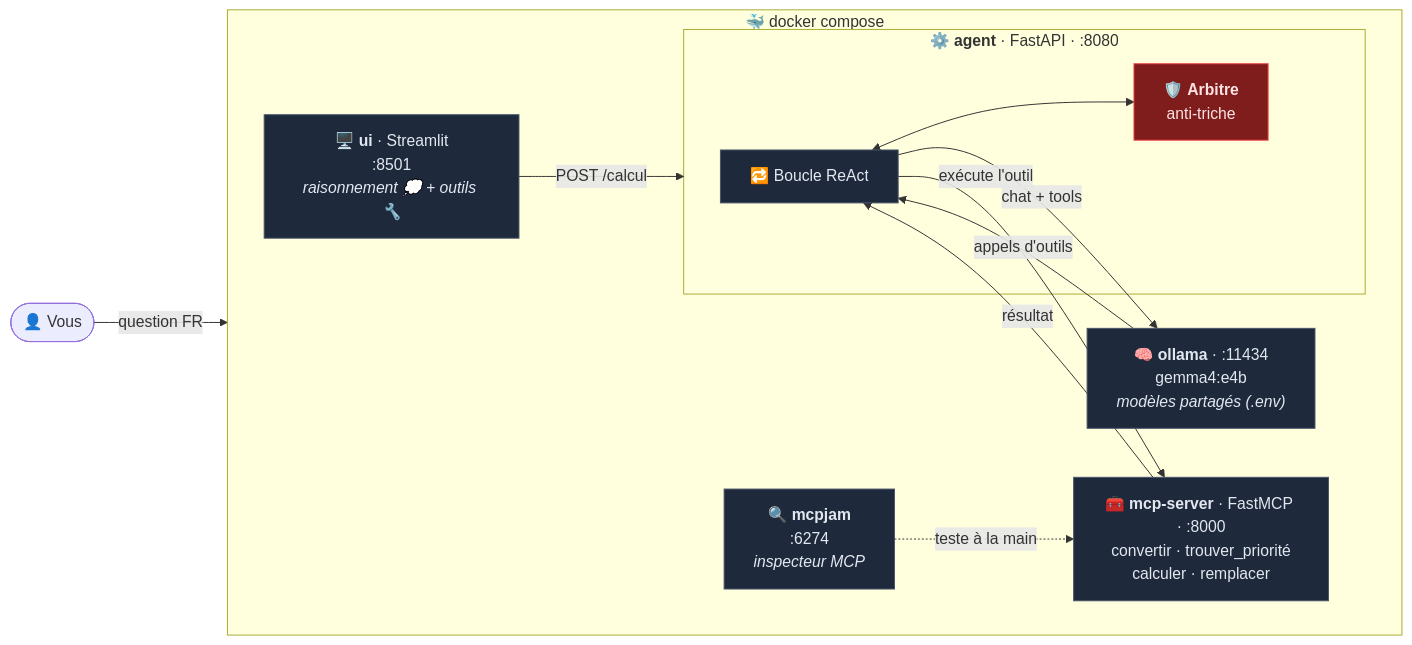
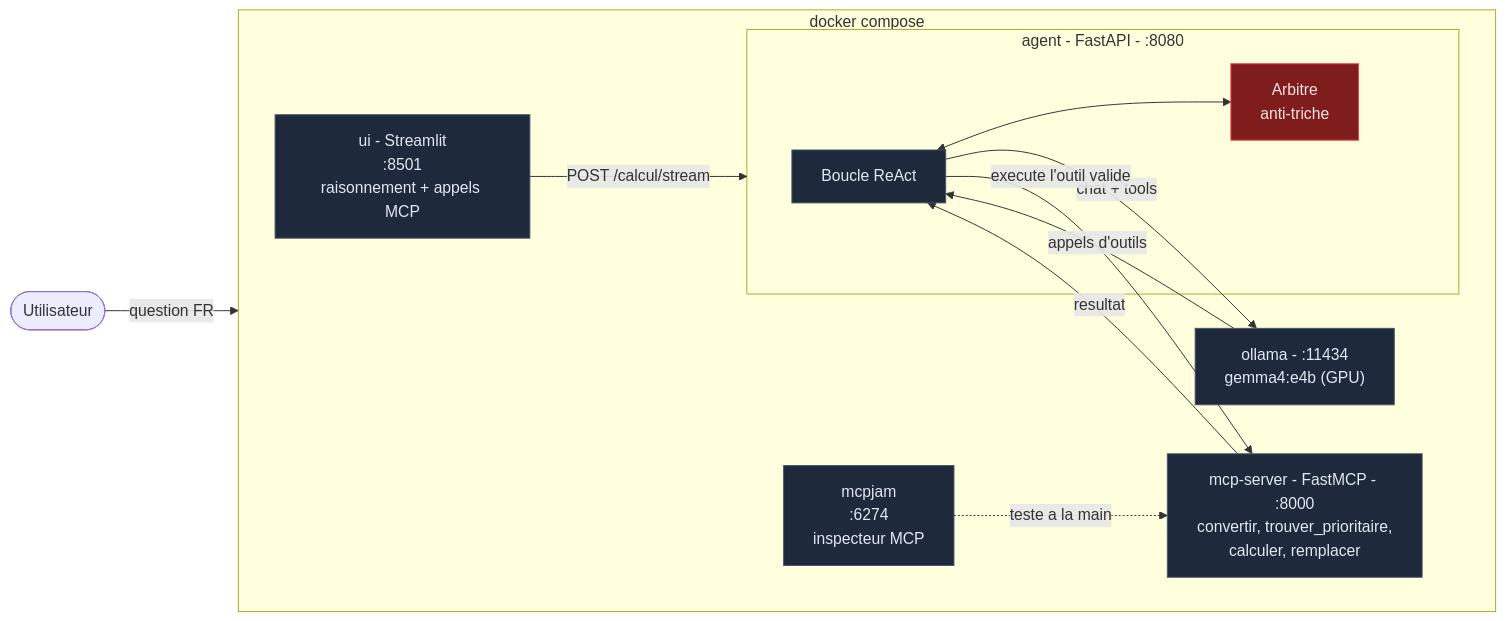
The first of 2 diagrams in README.md (floSa/MCP_maison), drawn with Mermaid before and after one commit. The commit also changed other lines of this file and 10 other files, not shown here.

First line of the commit message:
feat: streaming SSE + UI chat, GPU Ollama, docs tutoriel, sans emojis

````diff
--- a/README.md
+++ b/README.md
@@ -11,32 +20,32 @@
 ```mermaid
 flowchart LR
-    user(["👤 Vous"])
+    user(["Utilisateur"])
 
-    subgraph stack["🐳 docker compose"]
+    subgraph stack["docker compose"]
         direction LR
-        ui["🖥️ <b>ui</b> · Streamlit<br/>:8501<br/><i>raisonnement 💭 + outils 🔧</i>"]
-        mcpjam["🔍 <b>mcpjam</b><br/>:6274<br/><i>inspecteur MCP</i>"]
+        ui["ui - Streamlit<br/>:8501<br/>raisonnement + appels MCP"]
+        mcpjam["mcpjam<br/>:6274<br/>inspecteur MCP"]
 
-        subgraph agent["⚙️ <b>agent</b> · FastAPI · :8080"]
-            react["🔁 Boucle ReAct"]
-            arbitre["🛡️ <b>Arbitre</b><br/>anti-triche"]
+        subgraph agent["agent - FastAPI - :8080"]
+            react["Boucle ReAct"]
+            arbitre["Arbitre<br/>anti-triche"]
             react <--> arbitre
         end
 
-        ollama["🧠 <b>ollama</b> · :11434<br/>gemma4:e4b<br/><i>modèles partagés (.env)</i>"]
-        mcp["🧰 <b>mcp-server</b> · FastMCP · :8000<br/>convertir · trouver_priorité<br/>calculer · remplacer"]
+        ollama["ollama - :11434<br/>gemma4:e4b (GPU)"]
+        mcp["mcp-server - FastMCP - :8000<br/>convertir, trouver_prioritaire,<br/>calculer, remplacer"]
     end
 
-    user -- "question FR" --> ui
-    ui -- "POST /calcul" --> agent
-    mcpjam -. "teste à la main" .-> mcp
-    react -- "chat + tools" --> ollama
-    ollama -- "appels d'outils" --> react
-    react -- "exécute l'outil" --> mcp
-    mcp -- "résultat" --> react
+    user -->|question FR| ui
+    ui -->|POST /calcul/stream| agent
+    mcpjam -.->|teste a la main| mcp
+    react -->|chat + tools| ollama
+    ollama -->|appels d'outils| react
+    react -->|execute l'outil valide| mcp
+    mcp -->|resultat| react
 
-    classDef box fill:#1e293b,stroke:#475569,color:#e2e8f0
-    classDef shield fill:#7f1d1d,stroke:#ef4444,color:#fee2e2
-    class ui,mcpjam,ollama,mcp,react box
-    class arbitre shield
+    classDef boite fill:#1e293b,stroke:#475569,color:#e2e8f0
+    classDef bouclier fill:#7f1d1d,stroke:#ef4444,color:#fee2e2
+    class ui,mcpjam,ollama,mcp,react boite
+    class arbitre bouclier
 ```
````
